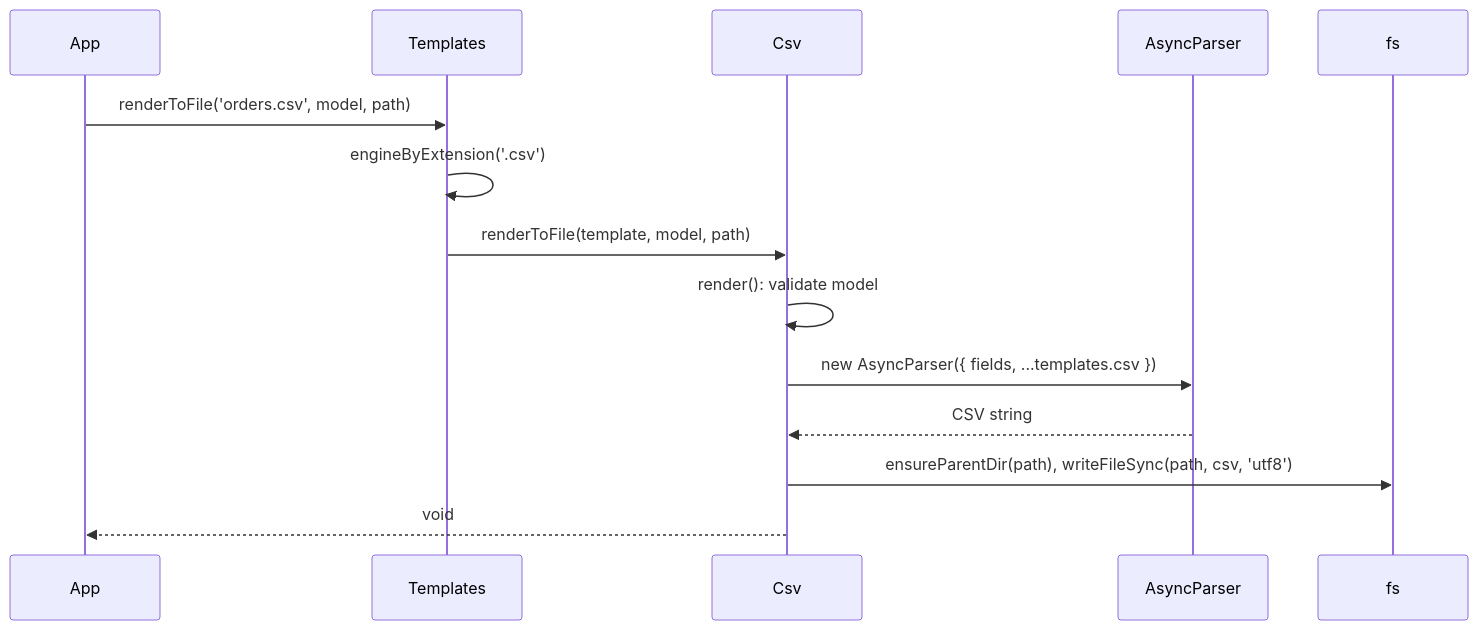
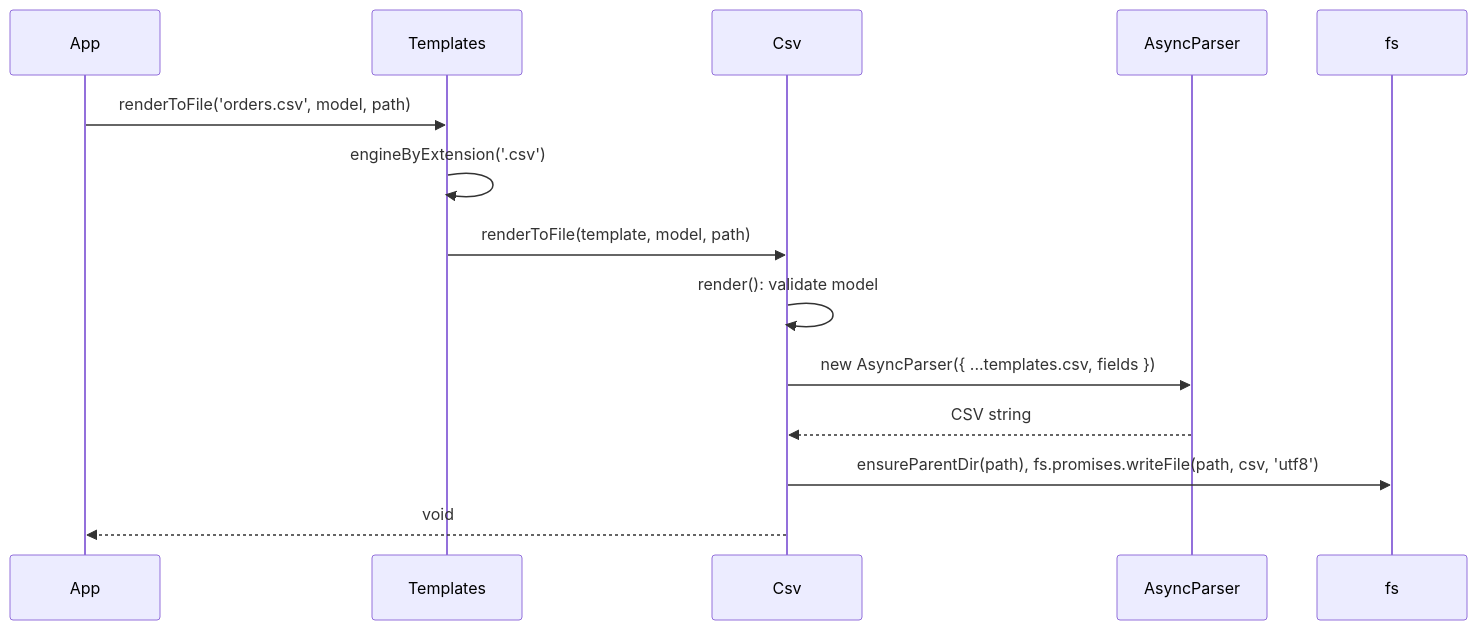
The diagram in docs/templates-csv/01-rendering-csv.md (spinajs/main), drawn with Mermaid before and after one commit. The commit also changed other lines of this file and 3 other files, not shown here.

First line of the commit message:
fix(templates-csv): model fields win over config, field objects, async file write

````diff
--- a/docs/templates-csv/01-rendering-csv.md
+++ b/docs/templates-csv/01-rendering-csv.md
@@ -20,16 +20,16 @@
 ```mermaid
 sequenceDiagram
   participant App
   participant Templates
   participant Csv
   participant json2csv as AsyncParser
   participant FS as fs
   App->>Templates: renderToFile('orders.csv', model, path)
   Templates->>Templates: engineByExtension('.csv')
   Templates->>Csv: renderToFile(template, model, path)
   Csv->>Csv: render(): validate model
-  Csv->>json2csv: new AsyncParser({ fields, ...templates.csv })
+  Csv->>json2csv: new AsyncParser({ ...templates.csv, fields })
   json2csv-->>Csv: CSV string
-  Csv->>FS: ensureParentDir(path), writeFileSync(path, csv, 'utf8')
+  Csv->>FS: ensureParentDir(path), fs.promises.writeFile(path, csv, 'utf8')
   Csv-->>App: void
 ```
````
